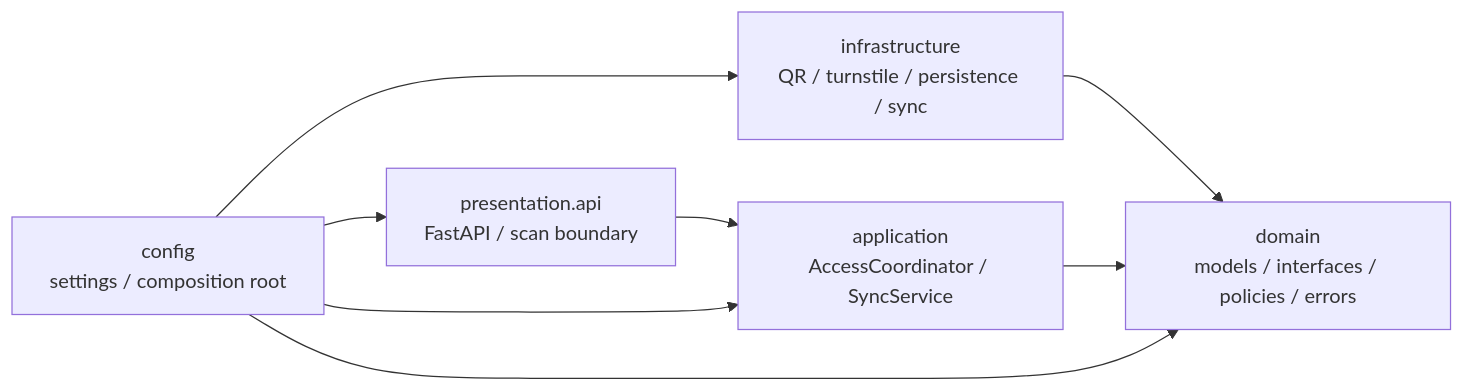
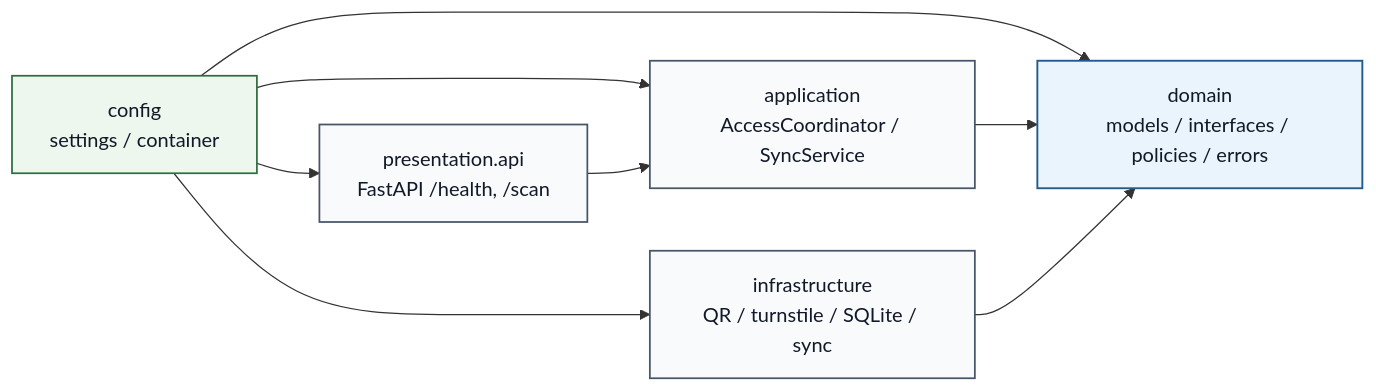
The diagram in docs/architecture/module-view.md (theDoub/SA-tmc-attendance-access-control), drawn with Mermaid before and after one commit. The commit also changed 6 other files, not shown here.

````diff
--- a/docs/architecture/module-view.md
+++ b/docs/architecture/module-view.md
@@ -44,10 +44,14 @@
 ```mermaid
 flowchart LR
-    P["presentation.api<br/>FastAPI / scan boundary"] --> A["application<br/>AccessCoordinator / SyncService"]
-    I["infrastructure<br/>QR / turnstile / persistence / sync"] --> D["domain<br/>models / interfaces / policies / errors"]
+    classDef core fill:#eaf4fc,stroke:#1f5a8a,stroke-width:1.5px,color:#111827
+    classDef outer fill:#f8fafc,stroke:#475569,stroke-width:1.4px,color:#111827
+    classDef root fill:#edf7ed,stroke:#2e6f40,stroke-width:1.4px,color:#111827
+
+    C["config<br/>settings / container"]:::root --> P["presentation.api<br/>FastAPI /health, /scan"]:::outer
+    C --> A["application<br/>AccessCoordinator / SyncService"]:::outer
+    C --> I["infrastructure<br/>QR / turnstile / SQLite / sync"]:::outer
+    C --> D["domain<br/>models / interfaces / policies / errors"]:::core
+    P --> A
     A --> D
-    C["config<br/>settings / composition root"] --> P
-    C --> A
-    C --> I
-    C --> D
+    I --> D
 ```
````
